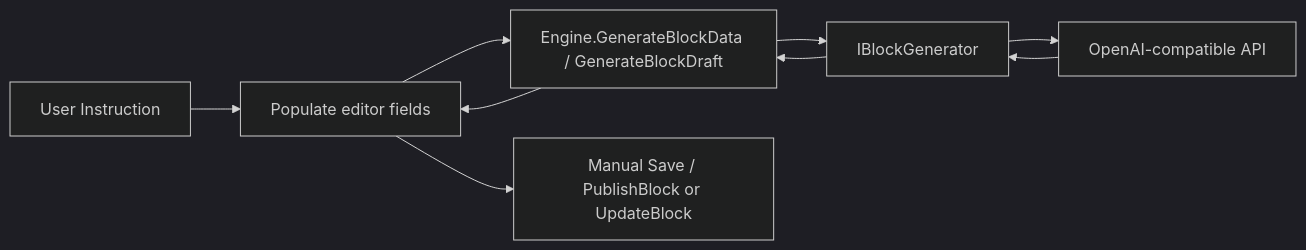
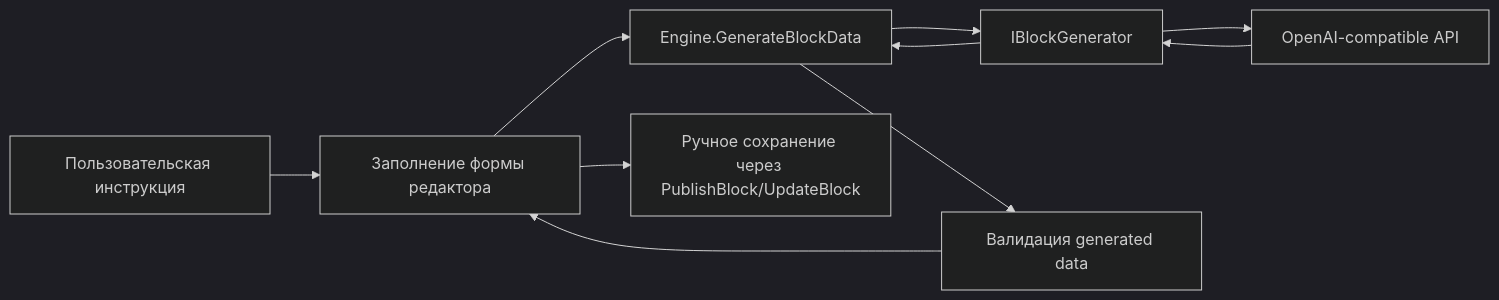
The diagram in doc/modules/ROOT/pages/project/functions/block-generation/system-design.adoc (Artem535/TextFoundry), drawn with Mermaid (dark theme) before and after one commit. The commit also changed other lines of this file and 9 other files, not shown here.

```diff
--- a/doc/modules/ROOT/pages/project/functions/block-generation/system-design.adoc
+++ b/doc/modules/ROOT/pages/project/functions/block-generation/system-design.adoc
@@ -36,12 +91,13 @@
 [mermaid]
 ----
 flowchart LR
-  User["User Instruction"] --> GUI["GUI Block Editor"]
-  GUI --> Engine["Engine.GenerateBlockData / GenerateBlockDraft"]
+  User["Пользовательская инструкция"] --> GUI["BlockEditorViewModel"]
+  GUI --> Engine["Engine.GenerateBlockData"]
   Engine --> Generator["IBlockGenerator"]
   Generator --> Provider["OpenAI-compatible API"]
   Provider --> Generator
   Generator --> Engine
-  Engine --> GUI["Populate editor fields"]
-  GUI --> Save["Manual Save / PublishBlock or UpdateBlock"]
+  Engine --> Validate["Валидация generated data"]
+  Validate --> GUI["Заполнение формы редактора"]
+  GUI --> Save["Ручное сохранение через PublishBlock/UpdateBlock"]
 ----
```
